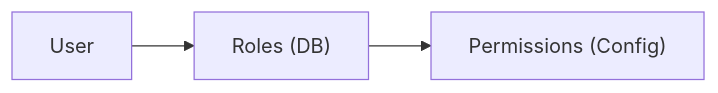
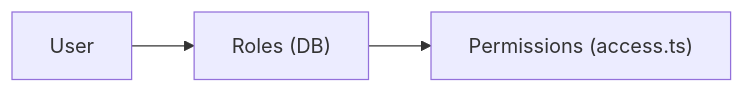
One commit to pagezero-dev/docs changed the diagram in src/content/docs/features/permissions.mdx. Above: the diagram before and after it, drawn with Mermaid. The commit also changed other lines of this file and 7 other files, not shown here.

````diff
--- a/src/content/docs/features/permissions.mdx
+++ b/src/content/docs/features/permissions.mdx
@@ -10,4 +9,4 @@
 ```mermaid
 flowchart LR
-    User --> Roles["Roles (DB)"] --> Permissions["Permissions (Config)"]
+    User --> Roles["Roles (DB)"] --> Permissions["Permissions (access.ts)"]
 ```
````
